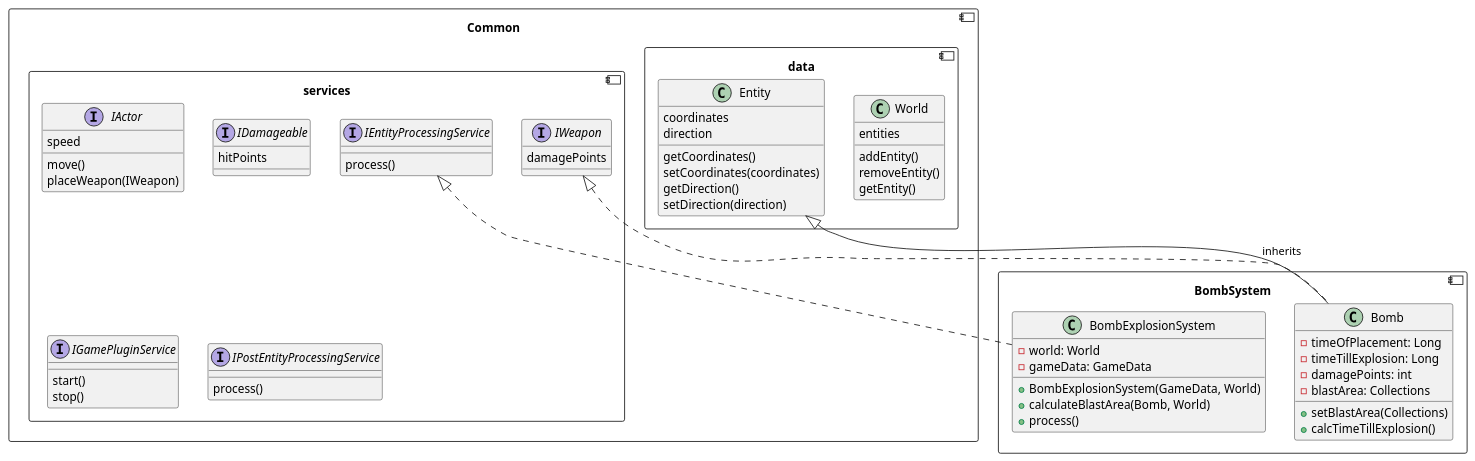
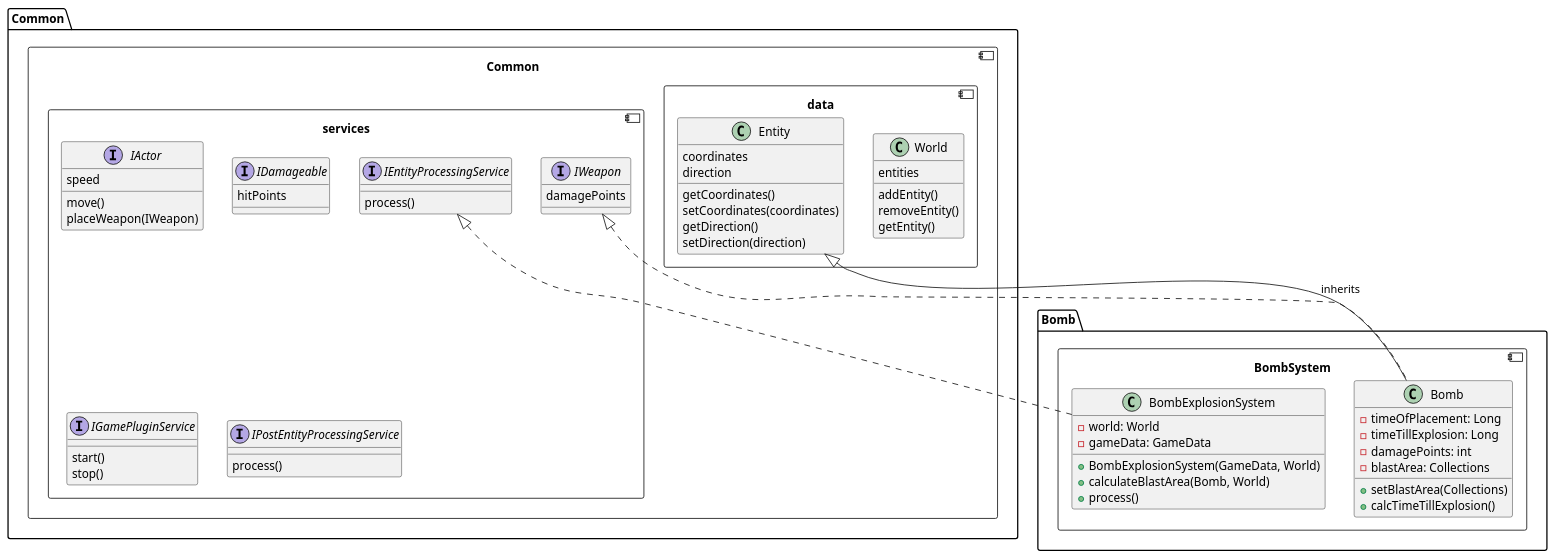
The diagram in Documentation/class_diagram.puml (TidosDK/boom-battle), drawn with PlantUML before and after one commit.

Commit message:
Added packages to diagram

```diff
--- a/Documentation/class_diagram.puml
+++ b/Documentation/class_diagram.puml
@@ -1,91 +1,95 @@
 @startuml
+package Common {
+    component Common {
 
-component Common {
+        component services {
+            interface IActor {
+                speed
+                move()
+                placeWeapon(IWeapon)
+            }
 
-	component services {
-		interface IActor {
-			speed
-			move()
-			placeWeapon(IWeapon)
-		}
+            interface IWeapon {
+                damagePoints
+            }
 
-		interface IWeapon {
-			damagePoints
-		}
+            interface IDamageable {
+                hitPoints
+            }
 
-		interface IDamageable {
-			hitPoints
-		}
+            interface IGamePluginService {
+                start()
+                stop()
+            }
 
-		interface IGamePluginService {
-			start()
-			stop()
-		}
+            interface IEntityProcessingService {
+                process()
+            }
 
-		interface IEntityProcessingService {
-			process()
-		}
+            interface IPostEntityProcessingService {
+                process()
+            }
+        }
 
-		interface IPostEntityProcessingService {
-			process()
-		}
-	}
+        component data {
+            class World {
+                entities
+                addEntity()
+                removeEntity()
+                getEntity()
+            }
 
-	component data {
-		class World {
-			entities
-			addEntity()
-			removeEntity()
-			getEntity()
-		}
+            class Entity {
+                coordinates
+                direction
 
-		class Entity {
-			coordinates
-			direction
-
-			getCoordinates()
-			setCoordinates(coordinates)
-			getDirection()
-			setDirection(direction)
-		}
-	}
+                getCoordinates()
+                setCoordinates(coordinates)
+                getDirection()
+                setDirection(direction)
+            }
+        }
+    }
 
 
 '	component Parts {
 '		interface EntityPart {
 '			process()
 '		}
 '
 '		class LifePart implements EntityPart {
 '		}
 '
 '		class MovingPart implements EntityPart {
 '		}
 '
 '		class PositionPart implements EntityPart {
 '		}
 '
 '	}
 }
+package Bomb{
+    component BombSystem {
+        class Bomb implements Common.Common.services.IWeapon{
+            - timeOfPlacement: Long
+            - timeTillExplosion: Long
+            - damagePoints: int
+            - blastArea: Collections
+            + setBlastArea(Collections)
+            + calcTimeTillExplosion()
+        }
+        Bomb --|> Entity : inherits
 
-component BombSystem {
-    class Bomb implements Common.services.IWeapon{
-        - timeOfPlacement: Long
-        - timeTillExplosion: Long
-        - damagePoints: int
-        - blastArea: Collections
-        + setBlastArea(Collections)
-        + calcTimeTillExplosion()
+        class BombExplosionSystem implements Common.Common.services.IEntityProcessingService {
+            - world: World
+            - gameData: GameData
+            + BombExplosionSystem(GameData, World)
+            + calculateBlastArea(Bomb, World)
+            + process()
+        }
     }
-    Bomb --|> Entity : inherits
+}
 
-    class BombExplosionSystem implements Common.services.IEntityProcessingService {
-        - world: World
-        - gameData: GameData
-        + BombExplosionSystem(GameData, World)
-        + calculateBlastArea(Bomb, World)
-        + process()
-    }
 
 
 @enduml
```
